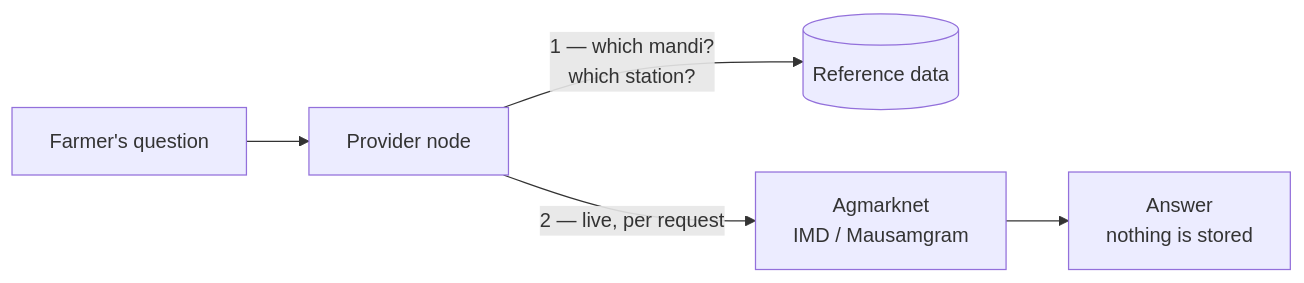
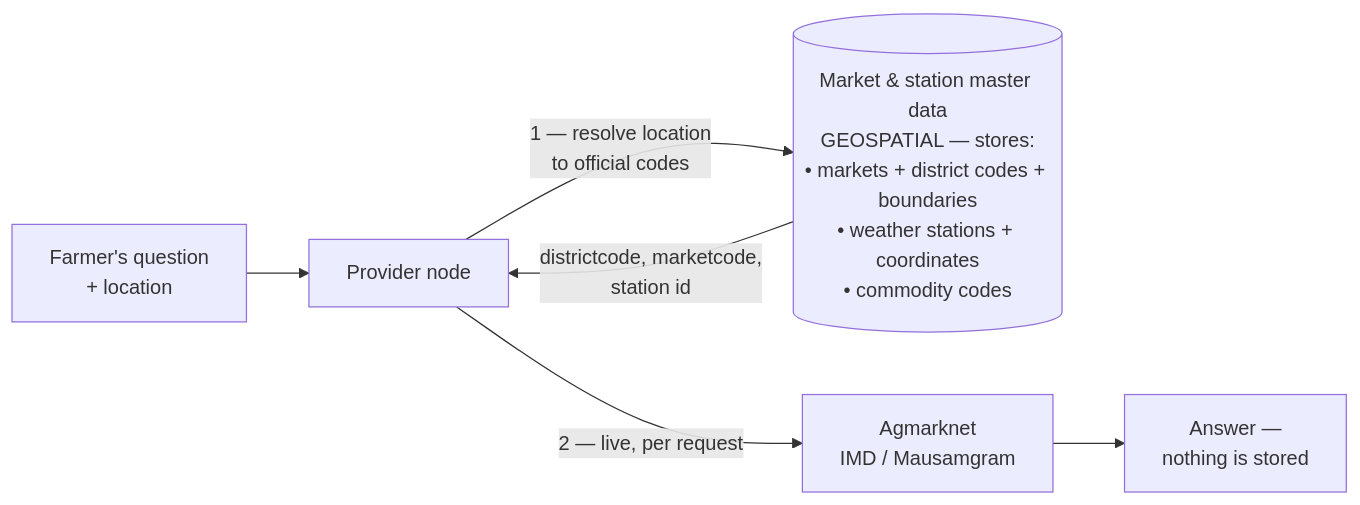
Before and after one commit to manjudr/documents: the first of 5 diagrams in ARCHITECTURE.md, drawn with Mermaid. The commit also changed other lines of this file, not shown here.

Commit message:
Name the reference data properly and show what it stores

````diff
--- a/ARCHITECTURE.md
+++ b/ARCHITECTURE.md
@@ -67,7 +67,8 @@
 ```mermaid
 graph LR
-  Q["Farmer's question"] --> N["Provider node"]
-  N -->|"1 — which mandi?<br/>which station?"| R[("Reference data")]
+  Q["Farmer's question<br/>+ location"] --> N["Provider node"]
+  N -->|"1 — resolve location<br/>to official codes"| R[("Market &amp; station master data<br/>GEOSPATIAL — stores:<br/>• markets + district codes + boundaries<br/>• weather stations + coordinates<br/>• commodity codes")]
+  R -->|"districtcode, marketcode,<br/>station id"| N
   N -->|"2 — live, per request"| E["Agmarknet<br/>IMD / Mausamgram"]
-  E --> A["Answer<br/>nothing is stored"]
+  E --> A["Answer —<br/>nothing is stored"]
 ```
````
